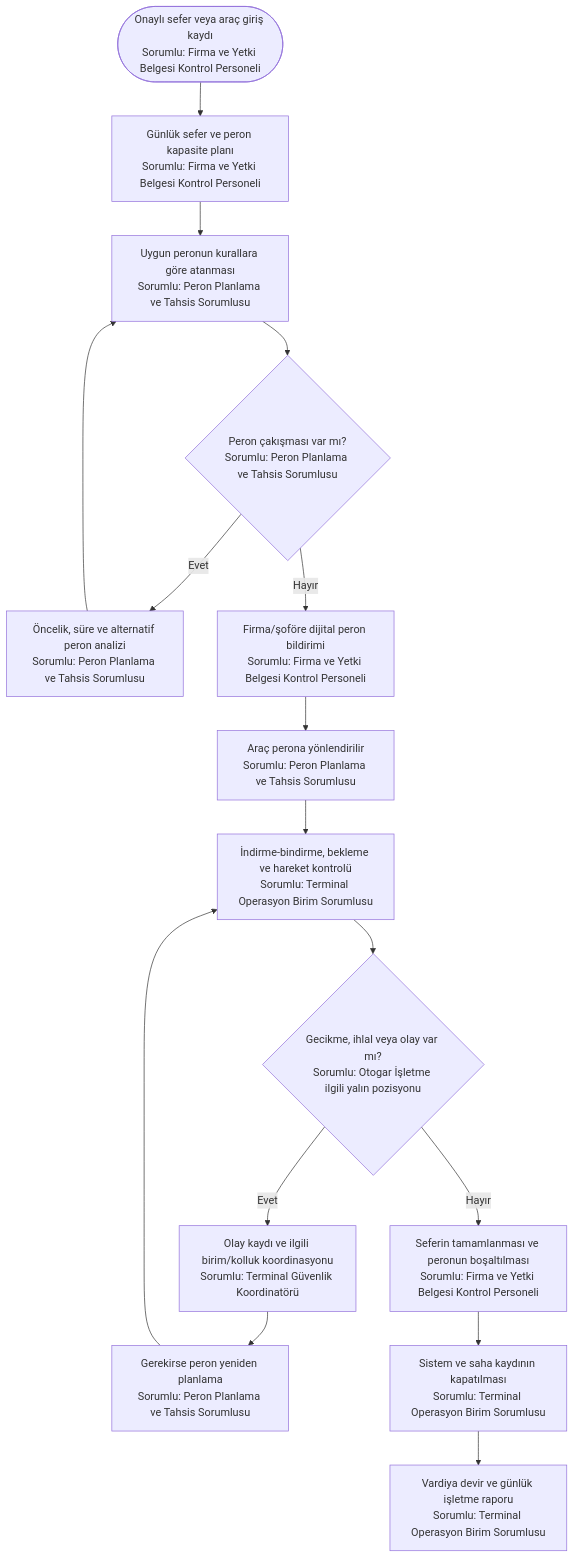
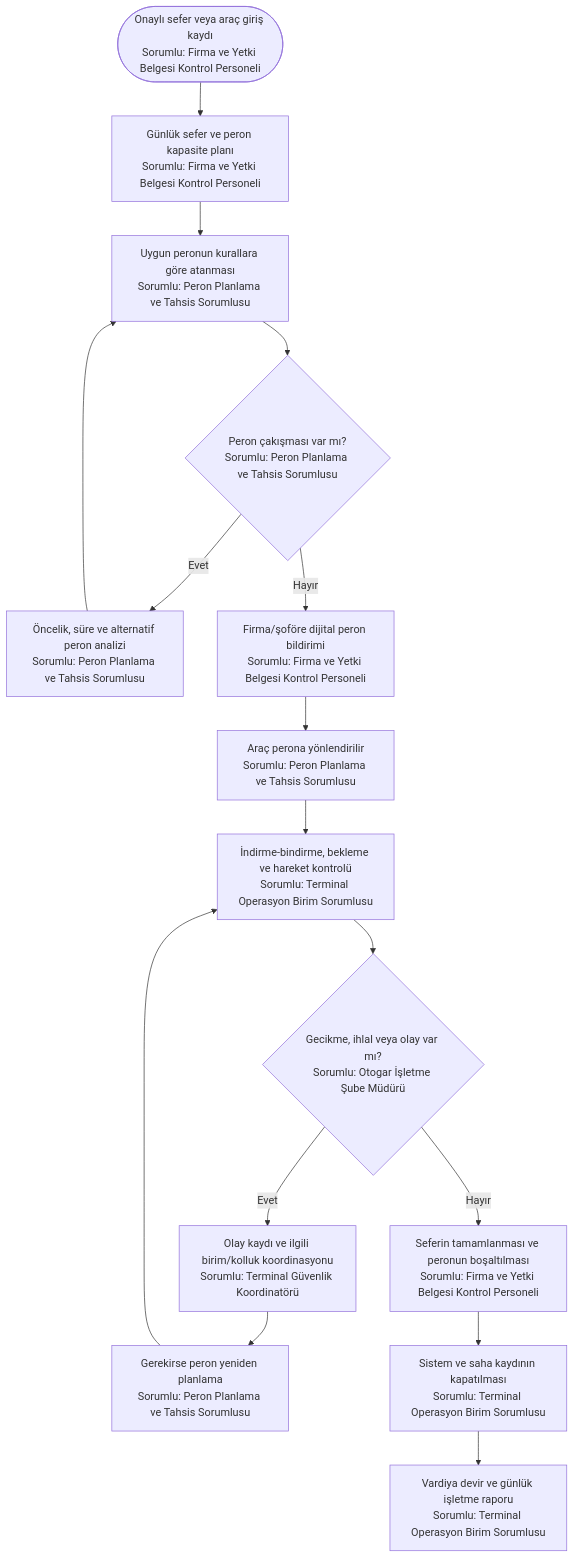
One commit to merdaergen-create/Ulasim_Dairesi_Is_Analizi changed the second of 4 diagrams in 11_yalin_surec_haritalari_sorumlulari_belirtilmis/otogar/README.md. Above: the diagram before and after it, drawn with Mermaid. The commit also changed other lines of this file and 9 other files, not shown here.

Commit message:
Yalın süreç haritalarını koruyarak kesin sorumlu pozisyonları ekle

````diff
--- a/11_yalin_surec_haritalari_sorumlulari_belirtilmis/otogar/README.md
+++ b/11_yalin_surec_haritalari_sorumlulari_belirtilmis/otogar/README.md
@@ -54,18 +54,18 @@
 ```mermaid
 flowchart TD
     A([Onaylı sefer veya araç giriş kaydı<br/>Sorumlu: Firma ve Yetki Belgesi Kontrol Personeli]) --> B[Günlük sefer ve peron kapasite planı<br/>Sorumlu: Firma ve Yetki Belgesi Kontrol Personeli]
     B --> C[Uygun peronun kurallara göre atanması<br/>Sorumlu: Peron Planlama ve Tahsis Sorumlusu]
     C --> D{Peron çakışması var mı?<br/>Sorumlu: Peron Planlama ve Tahsis Sorumlusu}
     D -- Evet --> E[Öncelik, süre ve alternatif peron analizi<br/>Sorumlu: Peron Planlama ve Tahsis Sorumlusu]
     E --> C
     D -- Hayır --> F[Firma/şoföre dijital peron bildirimi<br/>Sorumlu: Firma ve Yetki Belgesi Kontrol Personeli]
     F --> G[Araç perona yönlendirilir<br/>Sorumlu: Peron Planlama ve Tahsis Sorumlusu]
     G --> H[İndirme-bindirme, bekleme ve hareket kontrolü<br/>Sorumlu: Terminal Operasyon Birim Sorumlusu]
-    H --> I{Gecikme, ihlal veya olay var mı?<br/>Sorumlu: Otogar İşletme ilgili yalın pozisyonu}
+    H --> I{Gecikme, ihlal veya olay var mı?<br/>Sorumlu: Otogar İşletme Şube Müdürü}
     I -- Evet --> J[Olay kaydı ve ilgili birim/kolluk koordinasyonu<br/>Sorumlu: Terminal Güvenlik Koordinatörü]
     J --> K[Gerekirse peron yeniden planlama<br/>Sorumlu: Peron Planlama ve Tahsis Sorumlusu]
     K --> H
     I -- Hayır --> L[Seferin tamamlanması ve peronun boşaltılması<br/>Sorumlu: Firma ve Yetki Belgesi Kontrol Personeli]
     L --> M[Sistem ve saha kaydının kapatılması<br/>Sorumlu: Terminal Operasyon Birim Sorumlusu]
     M --> N[Vardiya devir ve günlük işletme raporu<br/>Sorumlu: Terminal Operasyon Birim Sorumlusu]
 ```
````
